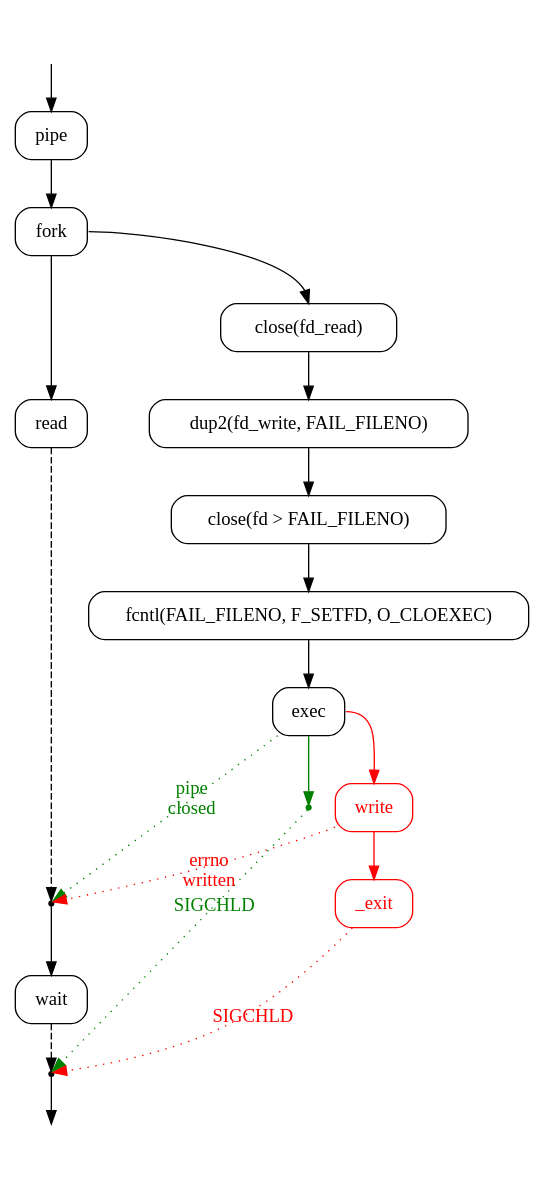
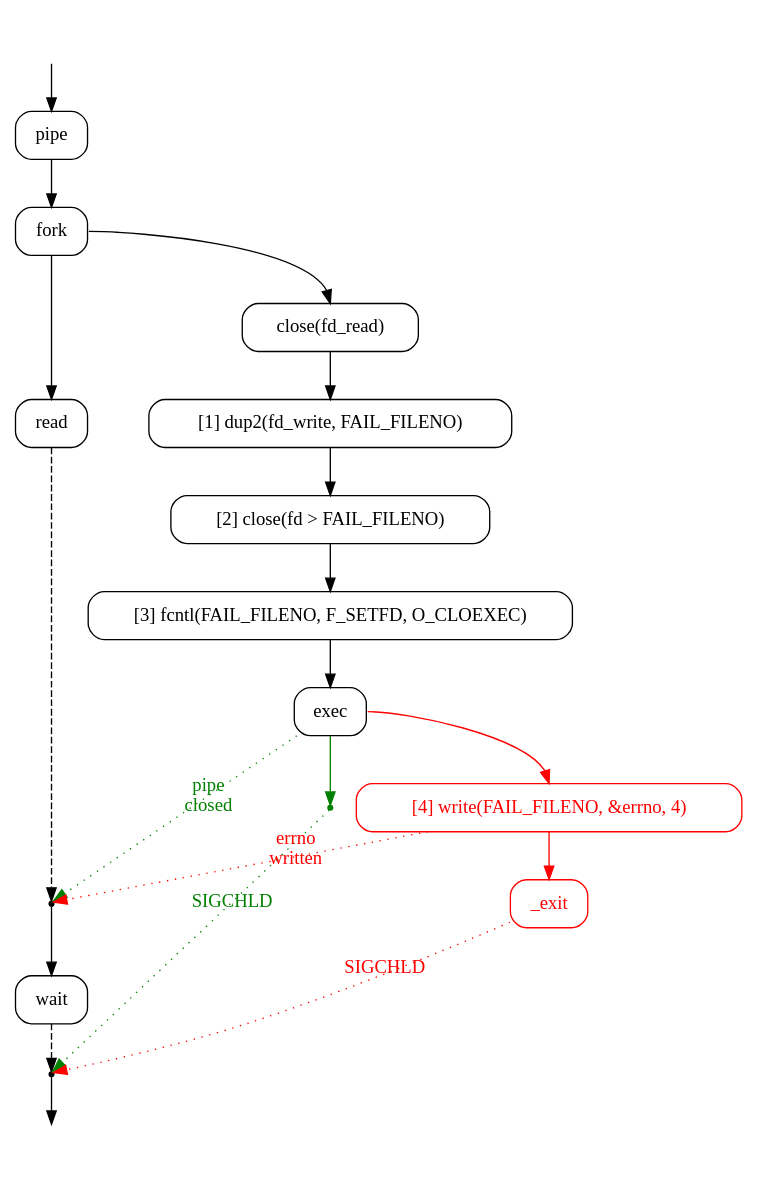
The diagram in Log/forkAndExec.dot (danzat/bugs), drawn with Graphviz before and after one commit. The commit also changed 1 other file, not shown here.

```diff
--- a/Log/forkAndExec.dot
+++ b/Log/forkAndExec.dot
@@ -1,47 +1,45 @@
 digraph G {
     node [group=left, fontname=Consolas, shape=rect, style=rounded];
     start [shape=none, label=""];
     pipe;
     fork;
     read [shape=rect,style=rounded];
     read_end [label="", shape=point];
     wait [shape=rect,style=rounded];
     wait_end [label="", shape=point];
     end [shape=none, label=""];
 
     node [group=middle, fontname=Consolas, shape=rect, style=rounded];
     close [label="close(fd_read)"];
-    dup2 [label="dup2(fd_write, FAIL_FILENO)"];
-    closeall [label="close(fd > FAIL_FILENO)"];
-    fcntl [label="fcntl(FAIL_FILENO, F_SETFD, O_CLOEXEC)"];
+    dup2 [label="[1] dup2(fd_write, FAIL_FILENO)"];
+    closeall [label="[2] close(fd > FAIL_FILENO)"];
+    fcntl [label="[3] fcntl(FAIL_FILENO, F_SETFD, O_CLOEXEC)"];
     exec;
     exec_success [label="", shape=point, color=green];
 
     node [group=right, fontname=Consolas, shape=rect, style=rounded];
-    write [color=red, fontcolor=red];
+    write [color=red, fontcolor=red, label="[4] write(FAIL_FILENO, &errno, 4)"];
     _exit [color=red, fontcolor=red];
     
     start -> pipe;
     pipe ->  fork;
     fork -> read;
     read -> read_end [style=dashed];
     read_end -> wait;
     wait -> wait_end [style=dashed];
     wait_end -> end;
 
     fork:e -> close:n;
     close -> dup2;
     dup2 -> closeall;
     closeall -> fcntl;
     fcntl -> exec;
     exec -> exec_success [color=green];
     exec -> read_end [taillabel="pipe\nclosed", style=dotted, fontname=Consolas, fontcolor=green, color=green, labeldistance=8, labelangle=0];
     exec_success -> wait_end [taillabel="SIGCHLD", style=dotted, fontname=Consolas, fontcolor=green, color=green, labeldistance=10, labelangle=0];
 
     exec:e -> write:n [color=red];
     write -> _exit [color=red];
     write -> read_end [taillabel="errno\nwritten", style=dotted, fontname=Consolas, fontcolor=red, color=red, labeldistance=10, labelangle=-3];
     _exit -> wait_end [taillabel="SIGCHLD", style=dotted, fontname=Consolas, fontcolor=red, color=red, labeldistance=10, labelangle=-3];
-
-    //exec:s -> wait_end:e [label="SIGCHLD", style=dashed, fontname=Consolas];
 }
```
